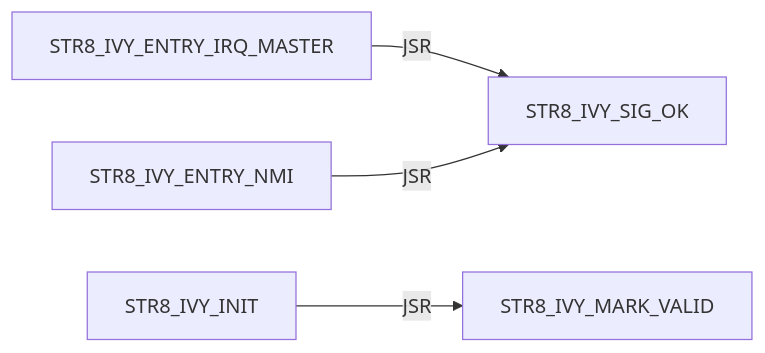
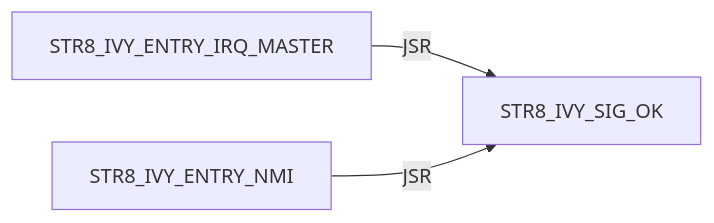
One commit to 95westus/R-YORS changed diagram 20 of 42 in DOC/GUIDES/STR8/STR8_EDGE_DUMP.md. Above: the diagram before and after it, drawn with Mermaid. The commit also changed other lines of this file and 25 other files, not shown here.

````diff
--- a/DOC/GUIDES/STR8/STR8_EDGE_DUMP.md
+++ b/DOC/GUIDES/STR8/STR8_EDGE_DUMP.md
@@ -297,6 +291,5 @@
 ```mermaid
 flowchart LR
     N0["STR8_IVY_ENTRY_IRQ_MASTER"] -->|JSR| N1["STR8_IVY_SIG_OK"]
     N2["STR8_IVY_ENTRY_NMI"] -->|JSR| N1["STR8_IVY_SIG_OK"]
-    N3["STR8_IVY_INIT"] -->|JSR| N4["STR8_IVY_MARK_VALID"]
 ```
````
